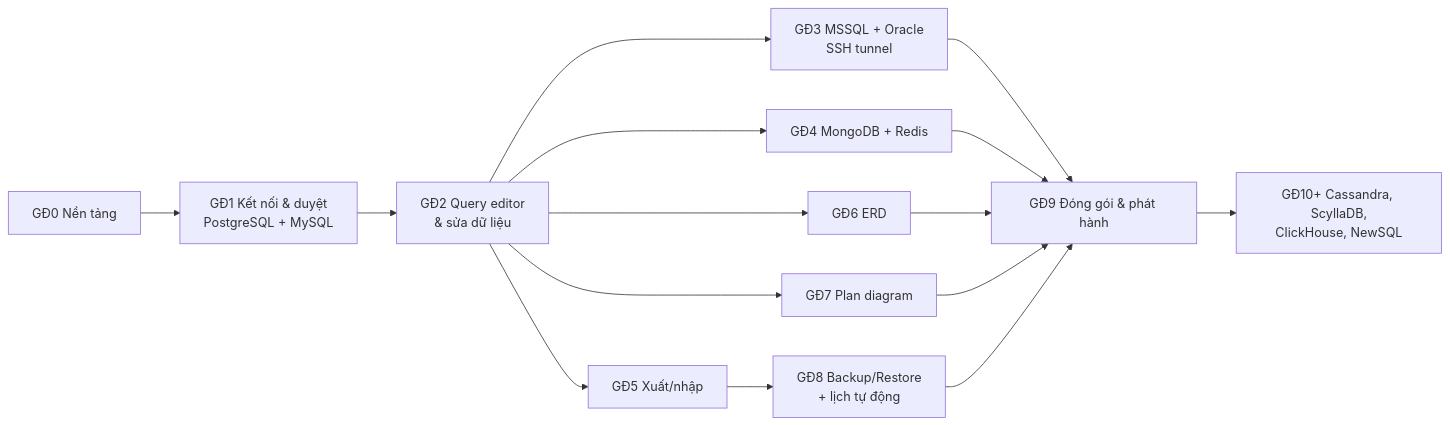
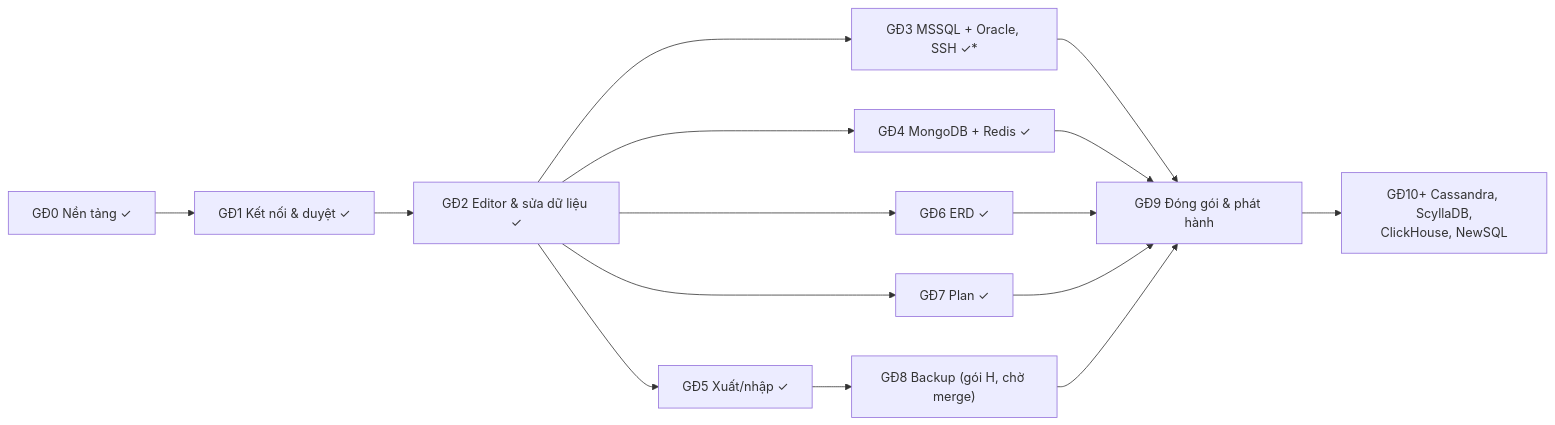
One commit to rickymta/dbstudio changed the diagram in docs/roadmap.md. Above: the diagram before and after it, drawn with Mermaid. The commit also changed other lines of this file and 4 other files, not shown here.

````diff
--- a/docs/roadmap.md
+++ b/docs/roadmap.md
@@ -20,17 +21,17 @@
 ```mermaid
 flowchart LR
-    G0["GĐ0 Nền tảng"] --> G1["GĐ1 Kết nối & duyệt<br/>PostgreSQL + MySQL"]
-    G1 --> G2["GĐ2 Query editor<br/>& sửa dữ liệu"]
-    G2 --> G3["GĐ3 MSSQL + Oracle<br/>SSH tunnel"]
-    G2 --> G4["GĐ4 MongoDB + Redis"]
-    G2 --> G5["GĐ5 Xuất/nhập"]
-    G2 --> G6["GĐ6 ERD"]
-    G2 --> G7["GĐ7 Plan diagram"]
-    G5 --> G8["GĐ8 Backup/Restore<br/>+ lịch tự động"]
+    G0["GĐ0 Nền tảng ✓"] --> G1["GĐ1 Kết nối & duyệt ✓"]
+    G1 --> G2["GĐ2 Editor & sửa dữ liệu ✓"]
+    G2 --> G3["GĐ3 MSSQL + Oracle, SSH ✓*"]
+    G2 --> G4["GĐ4 MongoDB + Redis ✓"]
+    G2 --> G5["GĐ5 Xuất/nhập ✓"]
+    G2 --> G6["GĐ6 ERD ✓"]
+    G2 --> G7["GĐ7 Plan ✓"]
+    G5 --> G8["GĐ8 Backup (gói H, chờ merge)"]
     G3 --> G9["GĐ9 Đóng gói & phát hành"]
     G4 --> G9
     G6 --> G9
     G7 --> G9
     G8 --> G9
     G9 --> G10["GĐ10+ Cassandra, ScyllaDB,<br/>ClickHouse, NewSQL"]
 ```
````
